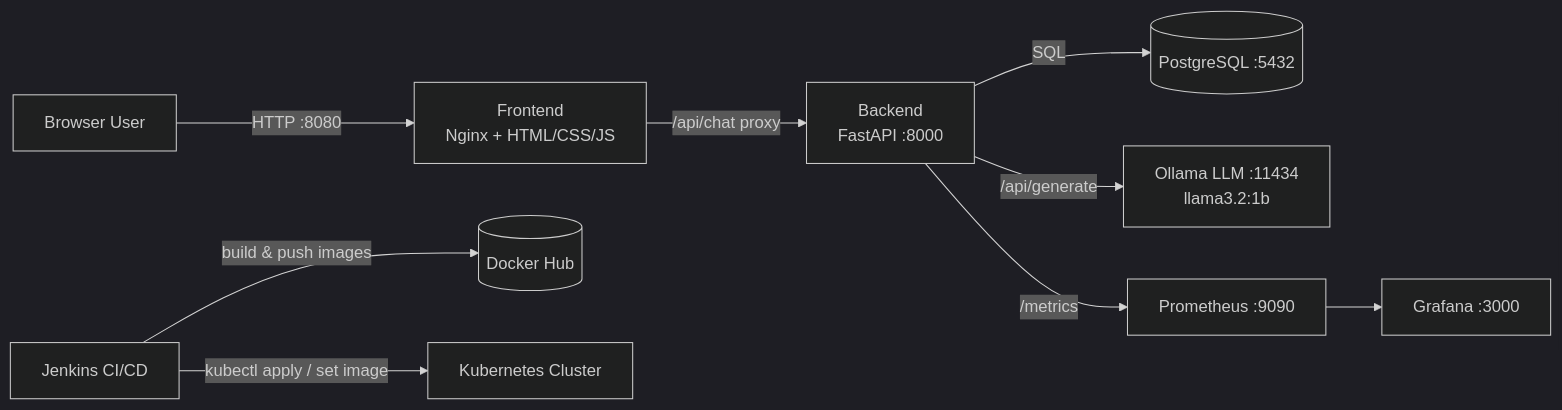
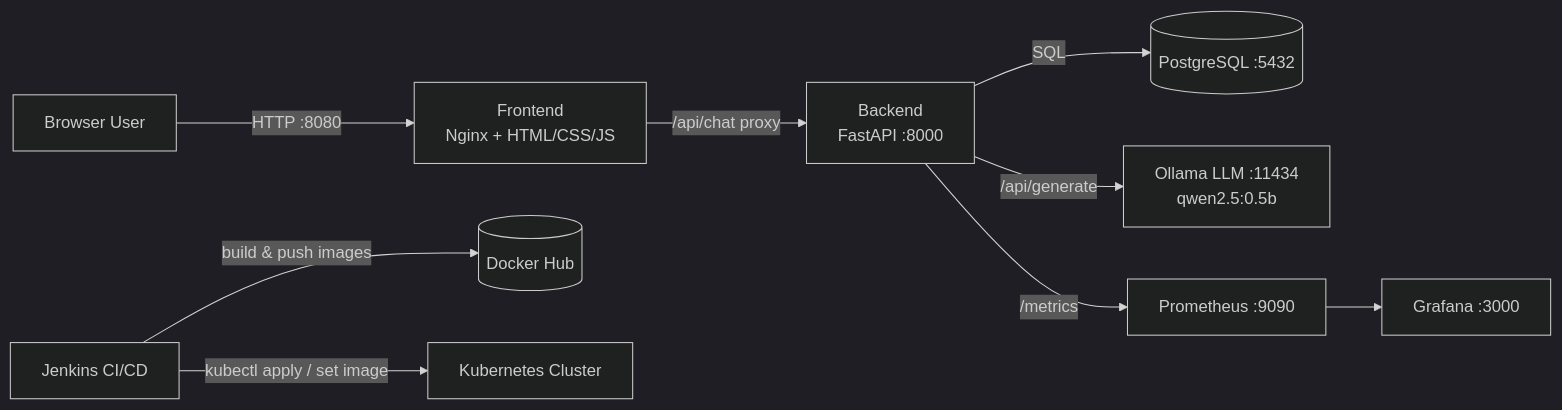
One commit to LohadeDarshan/ai-chatbot-devops changed the diagram in README.md. Above: the diagram before and after it, drawn with Mermaid (dark theme). The commit also changed other lines of this file and 3 other files, not shown here.

````diff
--- a/README.md
+++ b/README.md
@@ -10,11 +10,11 @@
 ```mermaid
 flowchart LR
     U[Browser User] -->|HTTP :8080| FE[Frontend<br/>Nginx + HTML/CSS/JS]
     FE -->|/api/chat proxy| BE[Backend<br/>FastAPI :8000]
     BE -->|SQL| DB[(PostgreSQL :5432)]
-    BE -->|/api/generate| AI[Ollama LLM :11434<br/>llama3.2:1b]
+    BE -->|/api/generate| AI[Ollama LLM :11434<br/>qwen2.5:0.5b]
     BE -->|/metrics| PROM[Prometheus :9090]
     PROM --> GRAF[Grafana :3000]
     CI[Jenkins CI/CD] -->|build & push images| REG[(Docker Hub)]
     CI -->|kubectl apply / set image| K8S[Kubernetes Cluster]
 ```
````
